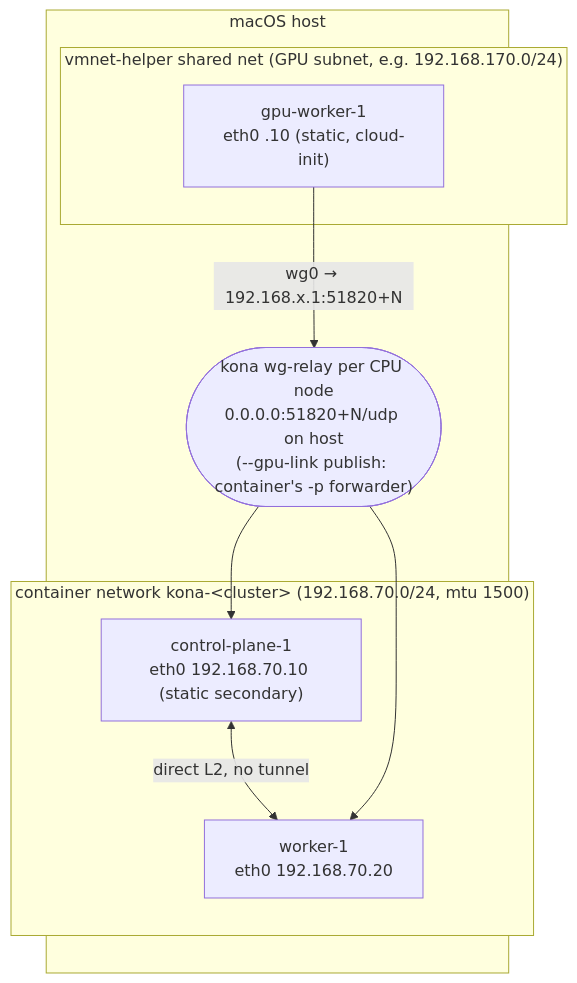
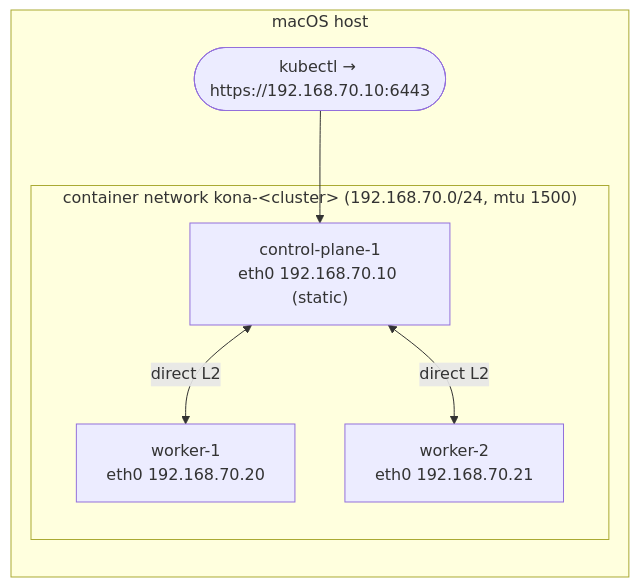
One commit to lestex/kona changed the diagram in docs/networking.md. Above: the diagram before and after it, drawn with Mermaid. The commit also changed other lines of this file and 6 other files, not shown here.

````diff
--- a/docs/networking.md
+++ b/docs/networking.md
@@ -64,15 +11,13 @@
 ```mermaid
 flowchart LR
   subgraph host[macOS host]
     subgraph cnet["container network kona-&lt;cluster&gt; (192.168.70.0/24, mtu 1500)"]
-      cp["control-plane-1<br/>eth0 192.168.70.10 (static secondary)"]
+      cp["control-plane-1<br/>eth0 192.168.70.10 (static)"]
       w1["worker-1<br/>eth0 192.168.70.20"]
+      w2["worker-2<br/>eth0 192.168.70.21"]
     end
-    subgraph gnet["vmnet-helper shared net (GPU subnet, e.g. 192.168.170.0/24)"]
-      g1["gpu-worker-1<br/>eth0 .10 (static, cloud-init)"]
-    end
-    relay(["kona wg-relay per CPU node<br/>0.0.0.0:51820+N/udp on host<br/>(--gpu-link publish: container's -p forwarder)"])
+    kubectl(["kubectl → https://192.168.70.10:6443"])
   end
-  cp <-- "direct L2, no tunnel" --> w1
-  g1 -- "wg0 → 192.168.x.1:51820+N" --> relay --> cp & w1
+  cp <-- "direct L2" --> w1 & w2
+  kubectl --> cp
 ```
````
